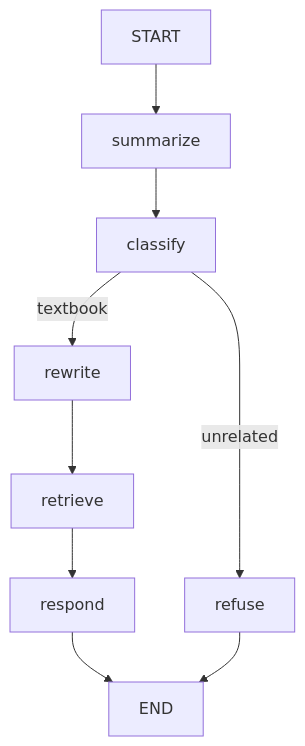
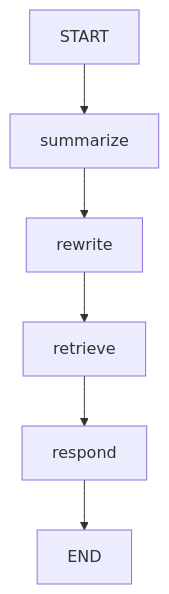
Before and after one commit to xiaolutang/OctoTutor: the first of 3 diagrams in .dev-flow/R010/analysis/2026-05-26--long-context-dialogue-backend.md, drawn with Mermaid. The commit also changed other lines of this file and 19 other files, not shown here.

````diff
--- a/.dev-flow/R010/analysis/2026-05-26--long-context-dialogue-backend.md
+++ b/.dev-flow/R010/analysis/2026-05-26--long-context-dialogue-backend.md
@@ -135,11 +137,8 @@
 ```mermaid
 flowchart TD
     START --> summarize
-    summarize --> classify
-    classify -->|textbook| rewrite
-    classify -->|unrelated| refuse
+    summarize --> rewrite
     rewrite --> retrieve
     retrieve --> respond
     respond --> END
-    refuse --> END
 ```
````
